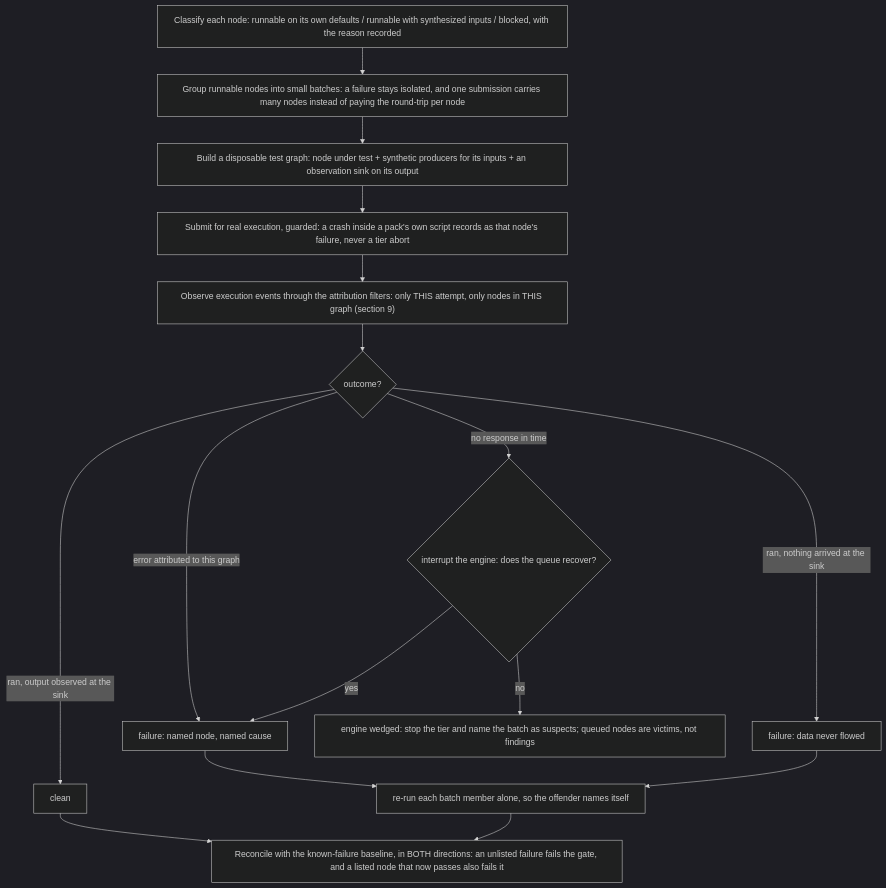
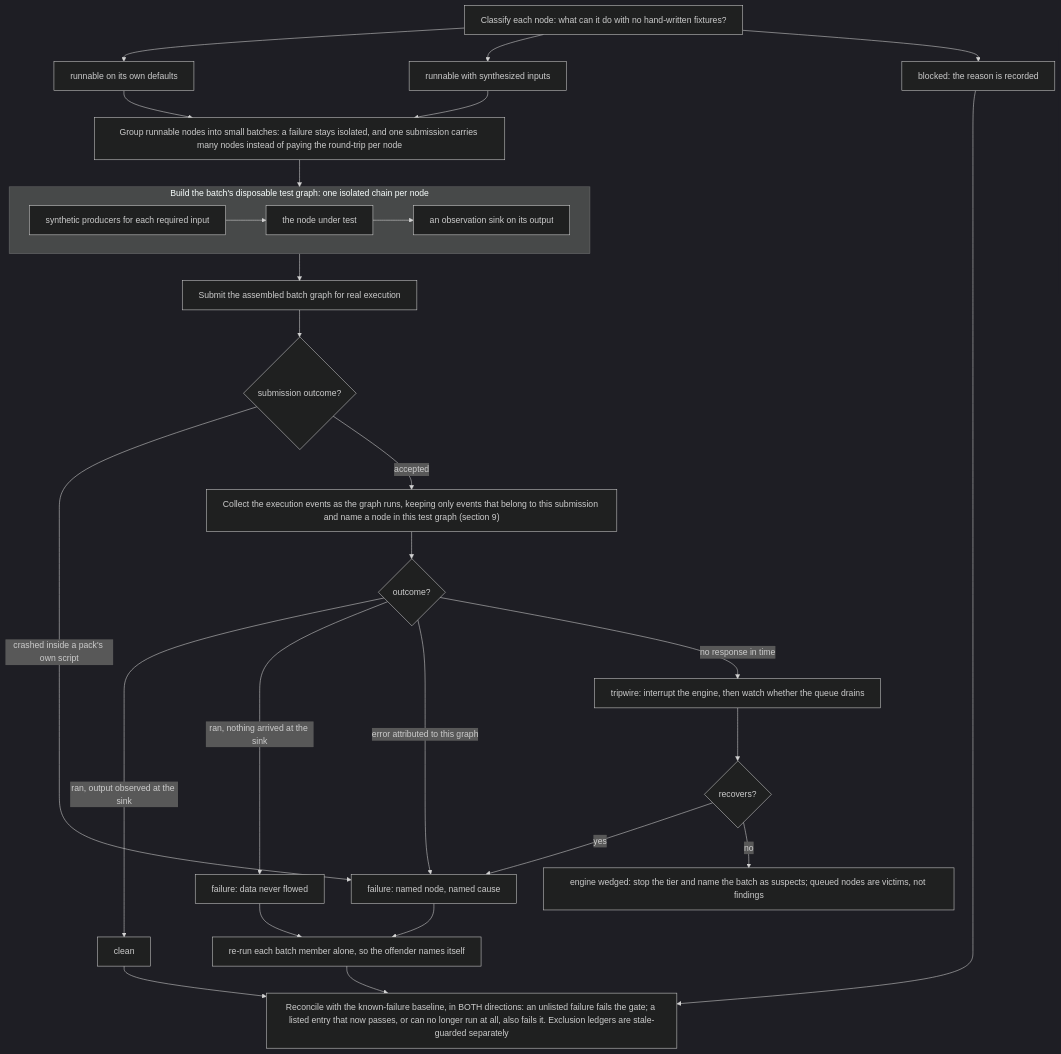
Before and after one commit to Comfy-Org/ComfyUI_frontend: the fifth of 9 diagrams in browser_tests/tests/customNodes/ARCHITECTURE.md, drawn with Mermaid (dark theme). The commit also changed other lines of this file, not shown here.

First line of the commit message:
docs(custom-nodes): context + execution + persistence diagrams restructured per review

````diff
--- a/browser_tests/tests/customNodes/ARCHITECTURE.md
+++ b/browser_tests/tests/customNodes/ARCHITECTURE.md
@@ -223,20 +266,33 @@
 ```mermaid
 %%{init: {"flowchart": {"wrappingWidth": 700}}}%%
 flowchart TD
-    CLASS["Classify each node: runnable on its own defaults / runnable with synthesized inputs / blocked, with the reason recorded"]
-    CLASS --> BATCH["Group runnable nodes into small batches: a failure stays isolated, and one submission carries many nodes instead of paying the round-trip per node"]
-    BATCH --> BUILD["Build a disposable test graph: node under test + synthetic producers for its inputs + an observation sink on its output"]
-    BUILD --> SUBMIT["Submit for real execution, guarded: a crash inside a pack's own script records as that node's failure, never a tier abort"]
-    SUBMIT --> OBSERVE["Observe execution events through the attribution filters: only THIS attempt, only nodes in THIS graph (section 9)"]
+    CLASS["Classify each node: what can it do with no hand-written fixtures?"]
+    CLASS --> RUND["runnable on its own defaults"]
+    CLASS --> RUNS["runnable with synthesized inputs"]
+    CLASS --> BLOCK["blocked: the reason is recorded"]
+    RUND --> BATCH["Group runnable nodes into small batches: a failure stays isolated, and one submission carries many nodes instead of paying the round-trip per node"]
+    RUNS --> BATCH
+    BLOCK --> REC
+    BLOCK ~~~ BATCH
+    BATCH --> TG
+    subgraph TG ["Build the batch's disposable test graph: one isolated chain per node"]
+        PROD["synthetic producers for each required input"] --> NUT["the node under test"]
+        NUT --> SINK["an observation sink on its output"]
+    end
+    TG --> SUBQ["Submit the assembled batch graph for real execution"]
+    SUBQ --> GUARD{"submission outcome?"}
+    GUARD -->|"crashed inside a pack's own script"| ERR
+    GUARD -->|"accepted"| OBSERVE["Collect the execution events as the graph runs, keeping only events that belong to this submission and name a node in this test graph (section 9)"]
     OBSERVE --> V{"outcome?"}
     V -->|"ran, output observed at the sink"| CLEAN["clean"]
     V -->|"ran, nothing arrived at the sink"| NOOUT["failure: data never flowed"]
     V -->|"error attributed to this graph"| ERR["failure: named node, named cause"]
-    V -->|"no response in time"| INT{"interrupt the engine: does the queue recover?"}
+    V -->|"no response in time"| TRIP["tripwire: interrupt the engine, then watch whether the queue drains"]
+    TRIP --> INT{"recovers?"}
     INT -->|"yes"| ERR
     INT -->|"no"| HUNG["engine wedged: stop the tier and name the batch as suspects; queued nodes are victims, not findings"]
     ERR --> BIS["re-run each batch member alone, so the offender names itself"]
     NOOUT --> BIS
     CLEAN --> REC
-    BIS --> REC["Reconcile with the known-failure baseline, in BOTH directions: an unlisted failure fails the gate, and a listed node that now passes also fails it"]
+    BIS --> REC["Reconcile with the known-failure baseline, in BOTH directions: an unlisted failure fails the gate; a listed entry that now passes, or can no longer run at all, also fails it. Exclusion ledgers are stale-guarded separately"]
 ```
````
